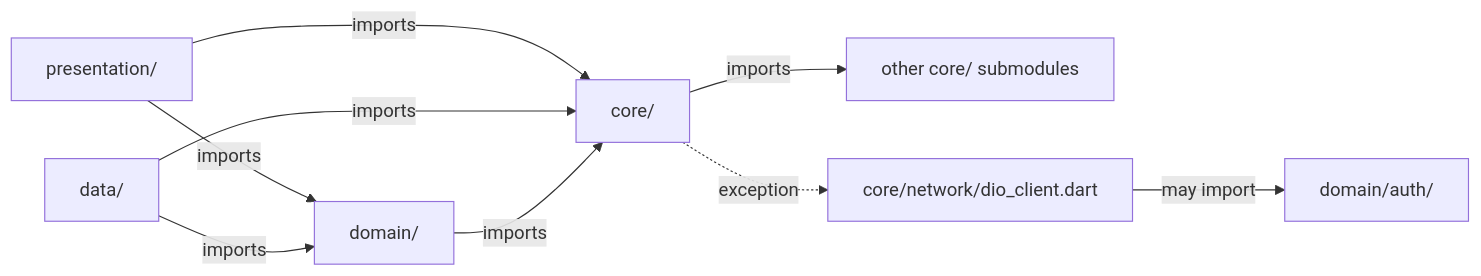
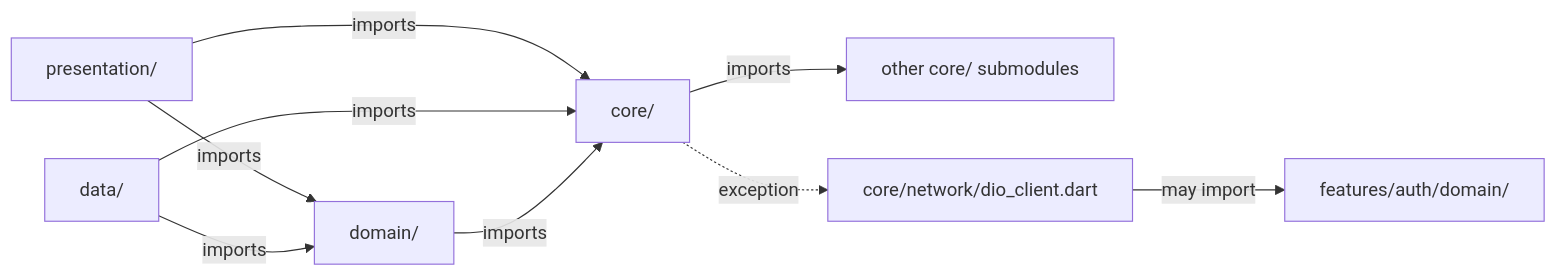
The first of 2 diagrams in AGENTS.md (emamhasanbs23/flutter_clean_riverpod), drawn with Mermaid before and after one commit. The commit also changed other lines of this file and 172 other files, not shown here.

````diff
--- a/AGENTS.md
+++ b/AGENTS.md
@@ -173,11 +173,11 @@
 ```mermaid
 flowchart LR
     P[presentation/] -->|imports| D[domain/]
     P -->|imports| C[core/]
     Da[data/] -->|imports| D
     Da -->|imports| C
     D -->|imports| C
     C -->|imports| C2[other core/ submodules]
     C -.->|exception| N[core/network/dio_client.dart]
-    N -->|may import| A[domain/auth/]
+    N -->|may import| A[features/auth/domain/]
 ```
````
